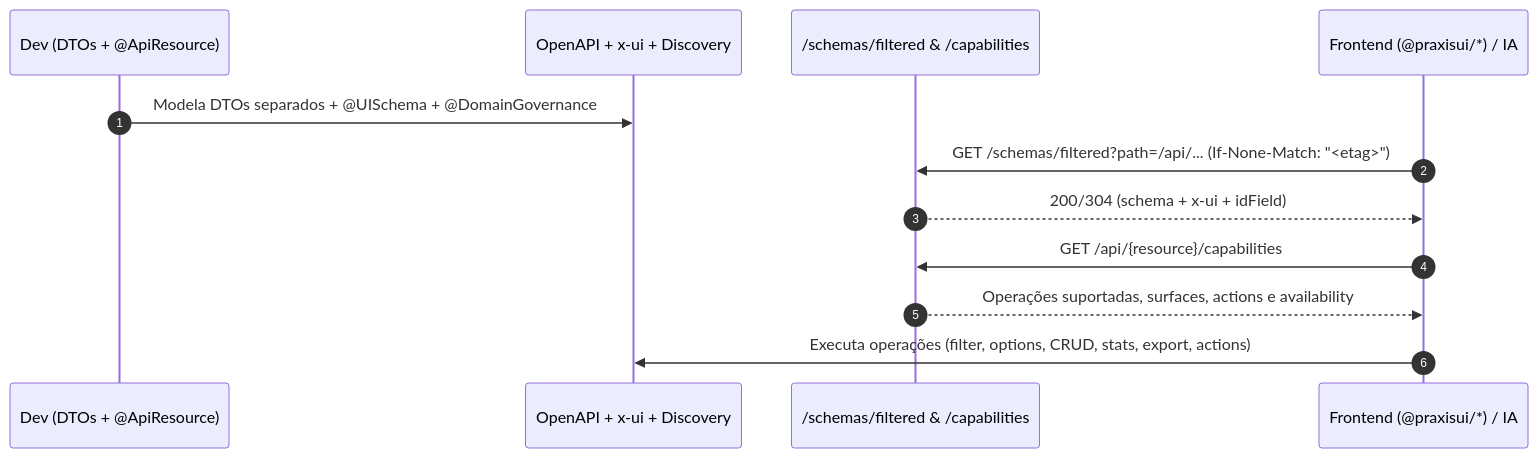
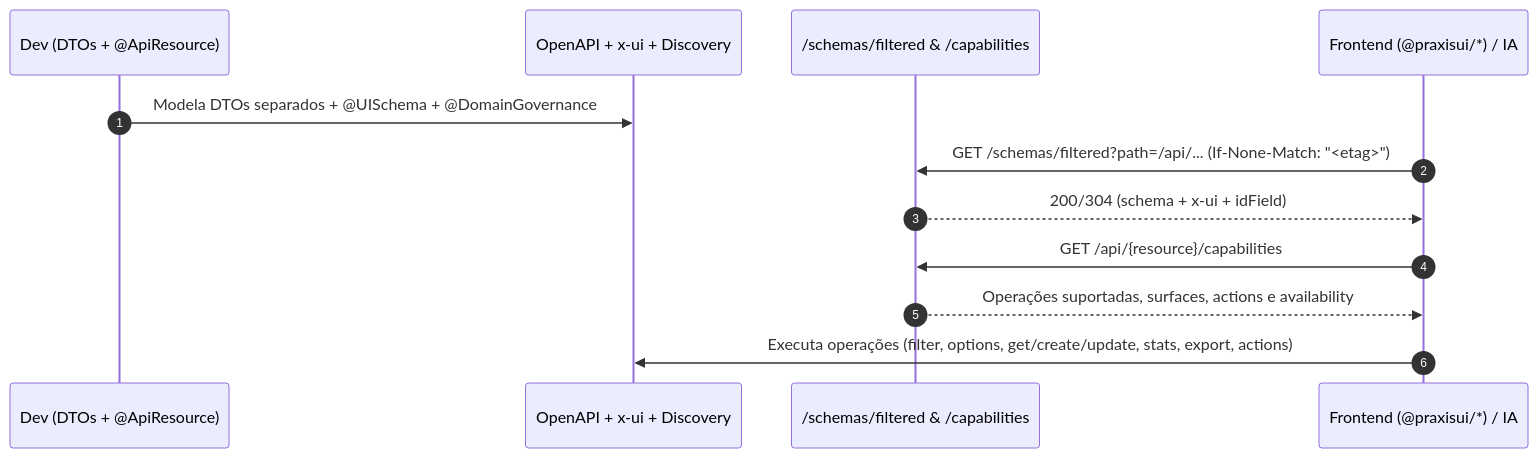
The diagram in APRESENTACAO-BACKEND-METADATA-STARTER.md (codexrodrigues/praxis-metadata-starter), drawn with Mermaid before and after one commit. The commit also changed other lines of this file and 48 other files, not shown here.

````diff
--- a/APRESENTACAO-BACKEND-METADATA-STARTER.md
+++ b/APRESENTACAO-BACKEND-METADATA-STARTER.md
@@ -23,14 +23,14 @@
 ```mermaid
 sequenceDiagram
   autonumber
   participant Dev as Dev (DTOs + @ApiResource)
   participant OAS as OpenAPI + x-ui + Discovery
   participant DOCS as /schemas/filtered & /capabilities
   participant UI as Frontend (@praxisui/*) / IA
   Dev->>OAS: Modela DTOs separados + @UISchema + @DomainGovernance
   UI->>DOCS: GET /schemas/filtered?path=/api/... (If-None-Match: "<etag>")
   DOCS-->>UI: 200/304 (schema + x-ui + idField)
   UI->>DOCS: GET /api/{resource}/capabilities
   DOCS-->>UI: Operações suportadas, surfaces, actions e availability
-  UI->>OAS: Executa operações (filter, options, CRUD, stats, export, actions)
+  UI->>OAS: Executa operações (filter, options, get/create/update, stats, export, actions)
 ```
````
